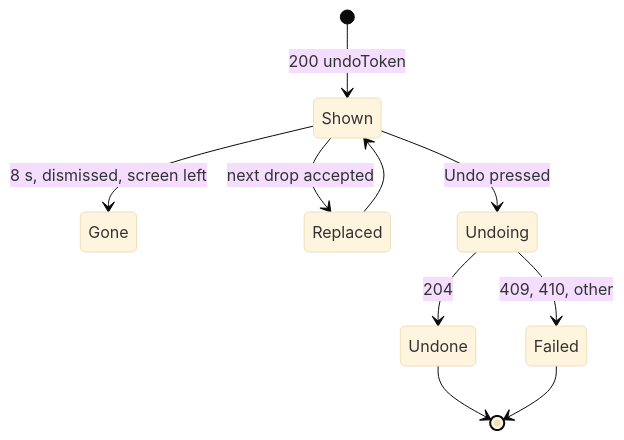
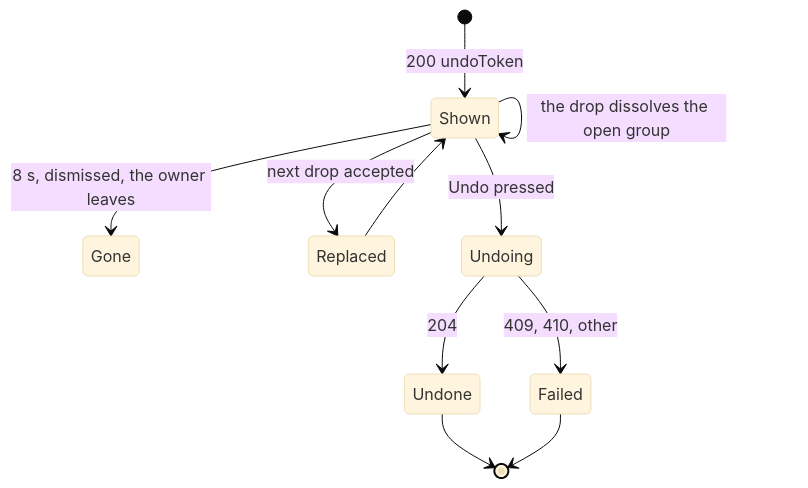
One commit to syudead/vv changed the fifth of 5 diagrams in specs/050-drag-organize/ui-design.md. Above: the diagram before and after it, drawn with Mermaid (base theme). The commit also changed other lines of this file and 5 other files, not shown here.

````diff
--- a/specs/050-drag-organize/ui-design.md
+++ b/specs/050-drag-organize/ui-design.md
@@ -313,12 +340,13 @@
 ```mermaid
 stateDiagram-v2
   [*] --> Shown: 200 undoToken
-  Shown --> Gone: 8 s, dismissed, screen left
+  Shown --> Gone: 8 s, dismissed, the owner leaves
+  Shown --> Shown: the drop dissolves the open group
   Shown --> Replaced: next drop accepted
   Shown --> Undoing: Undo pressed
   Undoing --> Undone: 204
   Undoing --> Failed: 409, 410, other
   Undone --> [*]
   Failed --> [*]
   Replaced --> Shown
 ```
````
